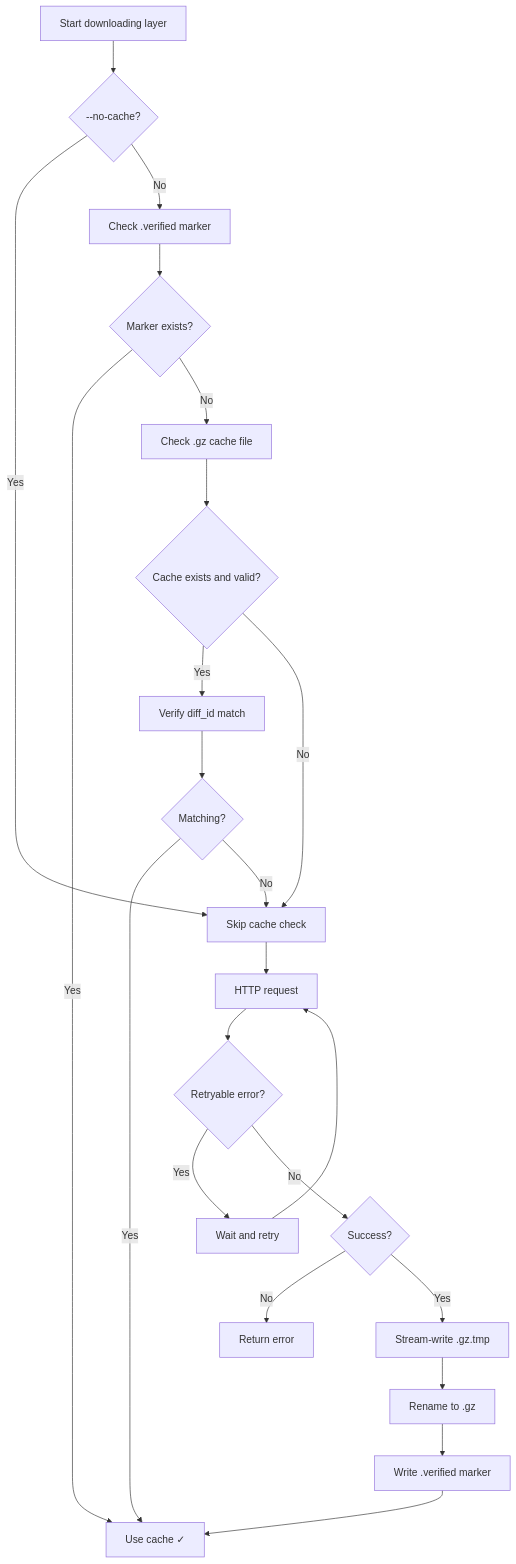
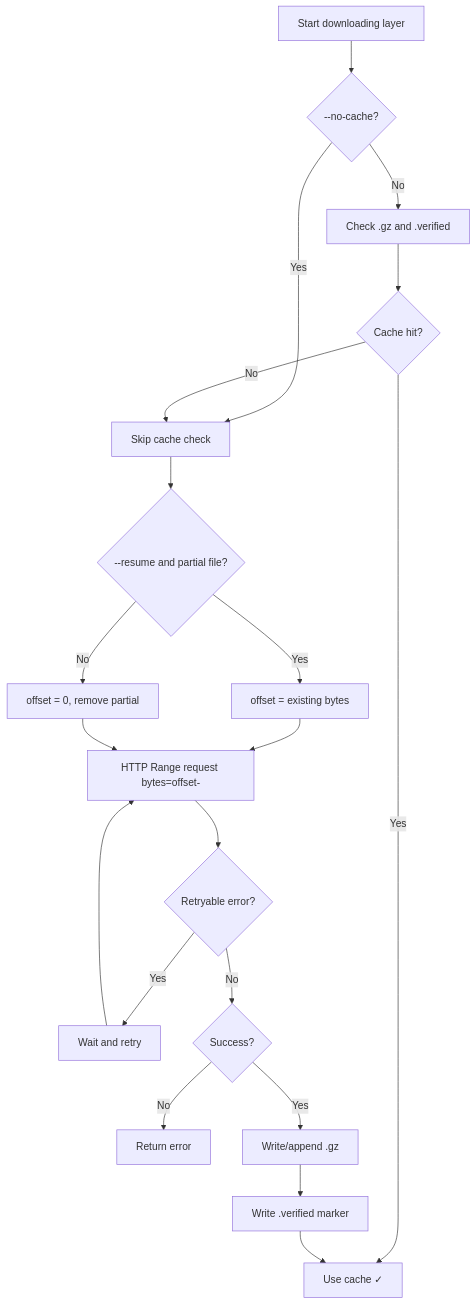
Before and after one commit to AspartameJ/imgp: the second of 4 diagrams in README_EN.md, drawn with Mermaid. The commit also changed other lines of this file and 12 other files, not shown here.

Commit message:
feat: add --resume flag for HTTP Range-based layer download resume

````diff
--- a/README_EN.md
+++ b/README_EN.md
@@ -70,25 +70,22 @@
 ```mermaid
 flowchart TD
     A[Start downloading layer] --> B{--no-cache?}
-    B -- Yes --> C[Skip cache check]
-    B -- No --> D[Check .verified marker]
-    D --> E{Marker exists?}
+    B -- Yes --> D[Skip cache check]
+    B -- No --> C[Check .gz and .verified]
+    C --> E{Cache hit?}
     E -- Yes --> F[Use cache ✓]
-    E -- No --> G[Check .gz cache file]
-    G --> H{Cache exists and valid?}
-    H -- Yes --> I[Verify diff_id match]
-    H -- No --> C
-    I --> J{Matching?}
-    J -- Yes --> F
-    J -- No --> C
-    C --> K[HTTP request]
-    K --> L{Retryable error?}
-    L -- Yes --> M[Wait and retry]
-    M --> K
-    L -- No --> N{Success?}
-    N -- No --> O[Return error]
-    N -- Yes --> P[Stream-write .gz.tmp]
-    P --> Q[Rename to .gz]
-    Q --> R[Write .verified marker]
-    R --> F
+    E -- No --> D
+    D --> G{--resume and partial file?}
+    G -- Yes --> H[offset = existing bytes]
+    G -- No --> I[offset = 0, remove partial]
+    H --> J[HTTP Range request bytes=offset-]
+    I --> J
+    J --> K{Retryable error?}
+    K -- Yes --> L[Wait and retry]
+    L --> J
+    K -- No --> M{Success?}
+    M -- No --> N[Return error]
+    M -- Yes --> O[Write/append .gz]
+    O --> P[Write .verified marker]
+    P --> F
 ```
````
